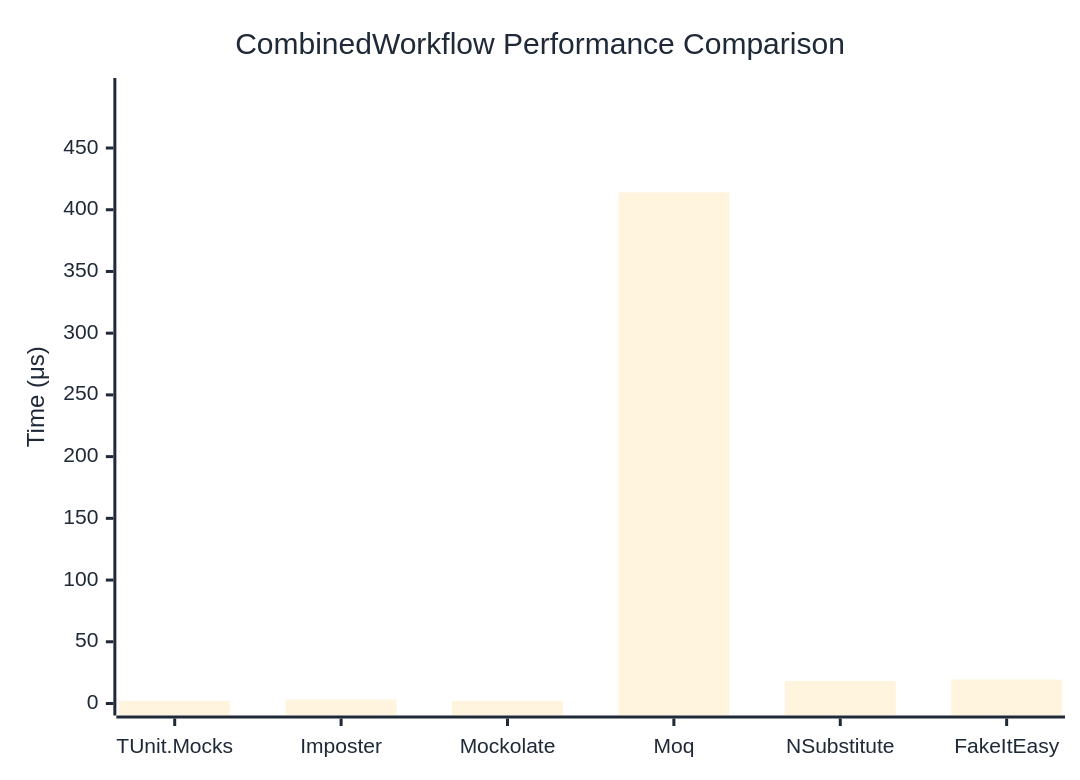
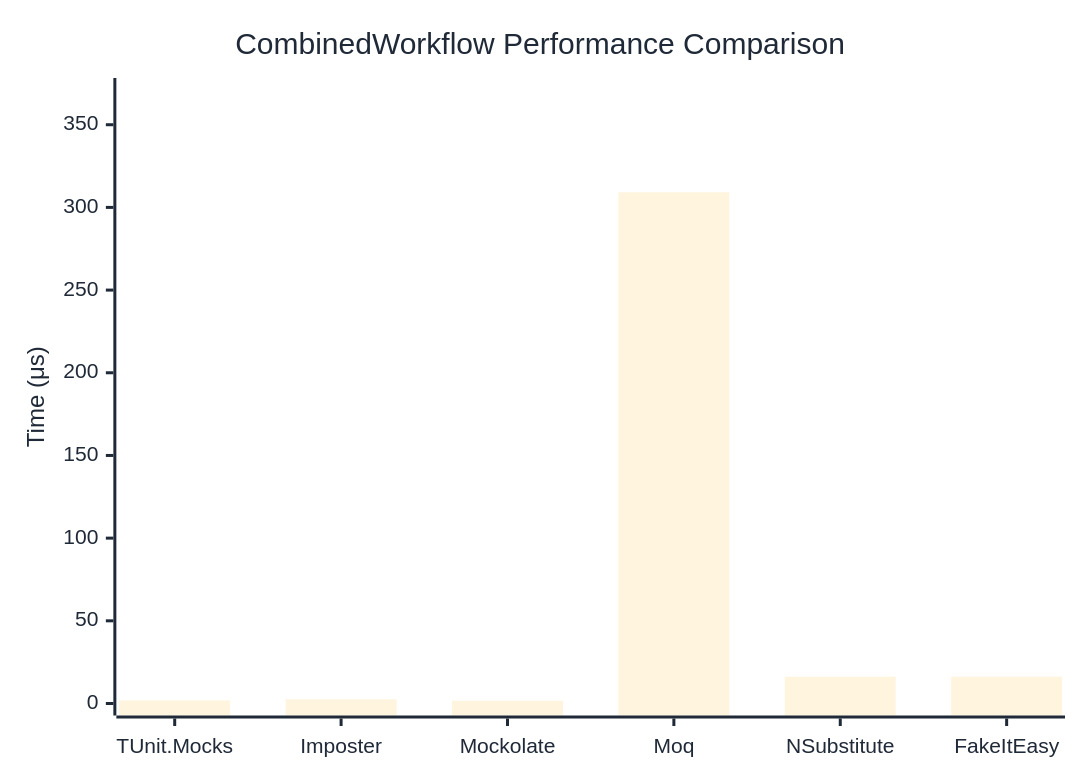
Before and after one commit to thomhurst/TUnit: the diagram in docs/docs/benchmarks/mocks/CombinedWorkflow.md, drawn with Mermaid. The commit also changed other lines of this file and 14 other files, not shown here.

````diff
--- a/docs/docs/benchmarks/mocks/CombinedWorkflow.md
+++ b/docs/docs/benchmarks/mocks/CombinedWorkflow.md
@@ -30,27 +30,27 @@
 ```mermaid
 %%{init: {
   'theme':'base',
   'themeVariables': {
     'primaryColor': '#2563eb',
     'primaryTextColor': '#1f2937',
     'primaryBorderColor': '#1e40af',
     'lineColor': '#6b7280',
     'secondaryColor': '#7c3aed',
     'tertiaryColor': '#dc2626',
     'background': '#ffffff',
     'pie1': '#2563eb',
     'pie2': '#7c3aed',
     'pie3': '#dc2626',
     'pie4': '#f59e0b',
     'pie5': '#10b981',
     'pie6': '#06b6d4',
     'pie7': '#ec4899',
     'pie8': '#6366f1'
   }
 }}%%
 xychart-beta
   title "CombinedWorkflow Performance Comparison"
   x-axis ["TUnit.Mocks", "Imposter", "Mockolate", "Moq", "NSubstitute", "FakeItEasy"]
-  y-axis "Time (μs)" 0 --> 497
-  bar [2.073, 3.214, 2.071, 414.078, 18.35, 19.425]
+  y-axis "Time (μs)" 0 --> 371
+  bar [1.857, 2.579, 1.698, 309.152, 16.219, 16.259]
 ```
````
